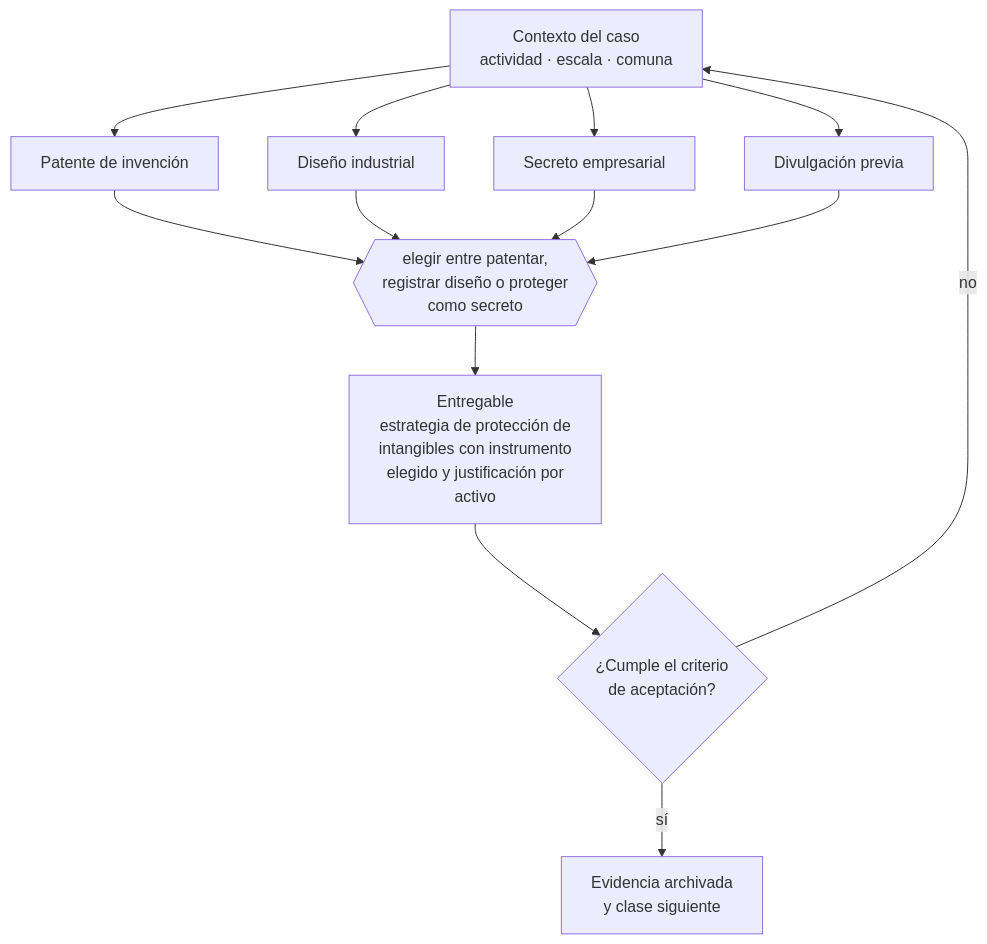
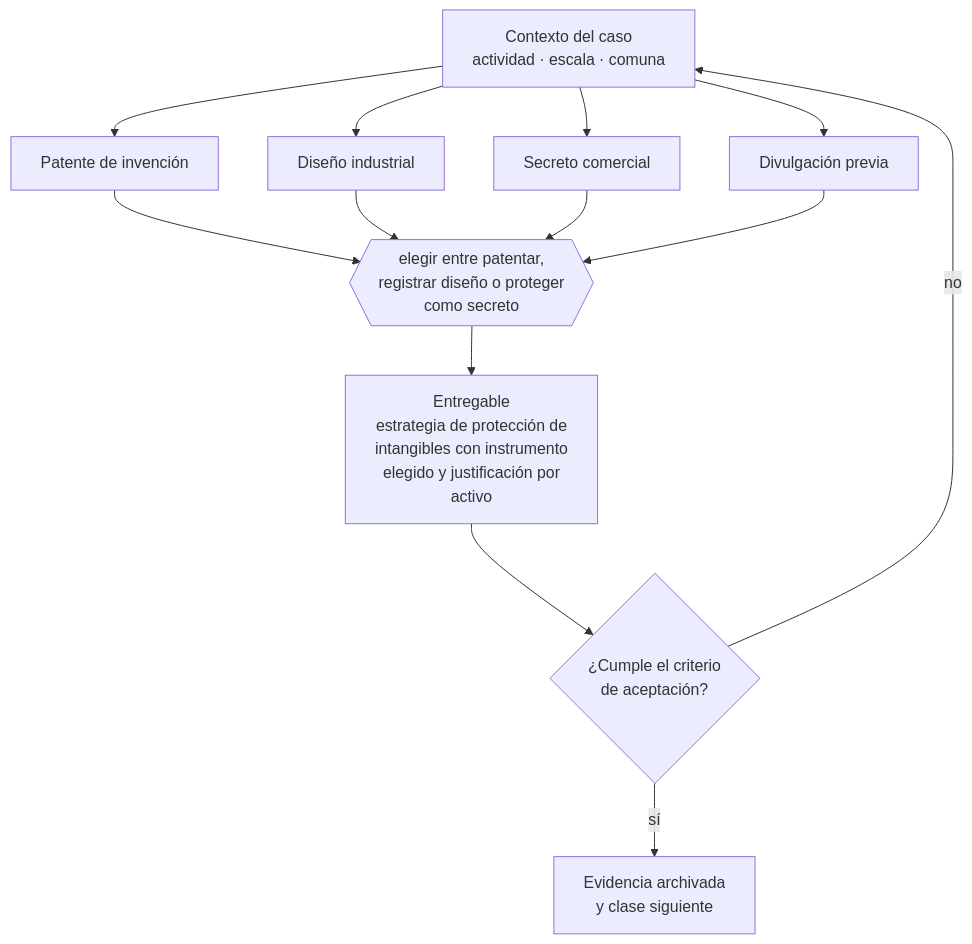
The diagram in curriculum/part-11-consumidor-e-commerce-privacidad-ip-y-seguridad-digital/class-11-patentes-disenos-y-secretos-empresariales/README.md (vladimiracunadev-create/modern-business-creation-program), drawn with Mermaid before and after one commit. The commit also changed other lines of this file and 60 other files, not shown here.

````diff
--- a/curriculum/part-11-consumidor-e-commerce-privacidad-ip-y-seguridad-digital/class-11-patentes-disenos-y-secretos-empresariales/README.md
+++ b/curriculum/part-11-consumidor-e-commerce-privacidad-ip-y-seguridad-digital/class-11-patentes-disenos-y-secretos-empresariales/README.md
@@ -34,13 +34,13 @@
 ```mermaid
 flowchart TB
     C["Contexto del caso<br/>actividad · escala · comuna"]
     C --> A1["Patente de invención"]
     C --> A2["Diseño industrial"]
-    C --> A3["Secreto empresarial"]
+    C --> A3["Secreto comercial"]
     C --> A4["Divulgación previa"]
     A1 & A2 & A3 & A4 --> D{{"elegir entre patentar,<br/>registrar diseño o proteger<br/>como secreto"}}
     D --> E["Entregable<br/>estrategia de protección de<br/>intangibles con instrumento<br/>elegido y justificación por<br/>activo"]
     E --> V{"¿Cumple el criterio<br/>de aceptación?"}
     V -->|sí| S["Evidencia archivada<br/>y clase siguiente"]
     V -->|no| C
 ```
````
